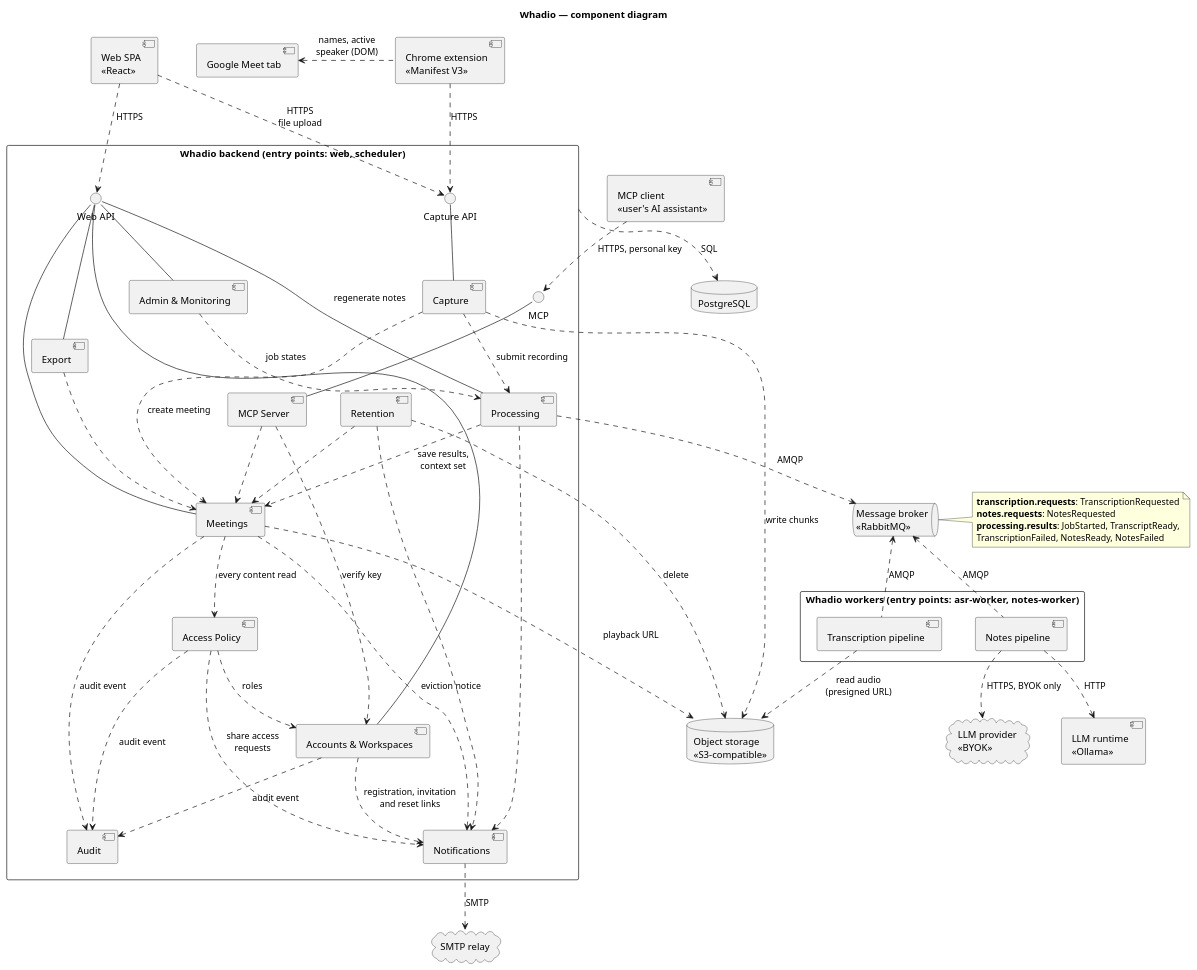
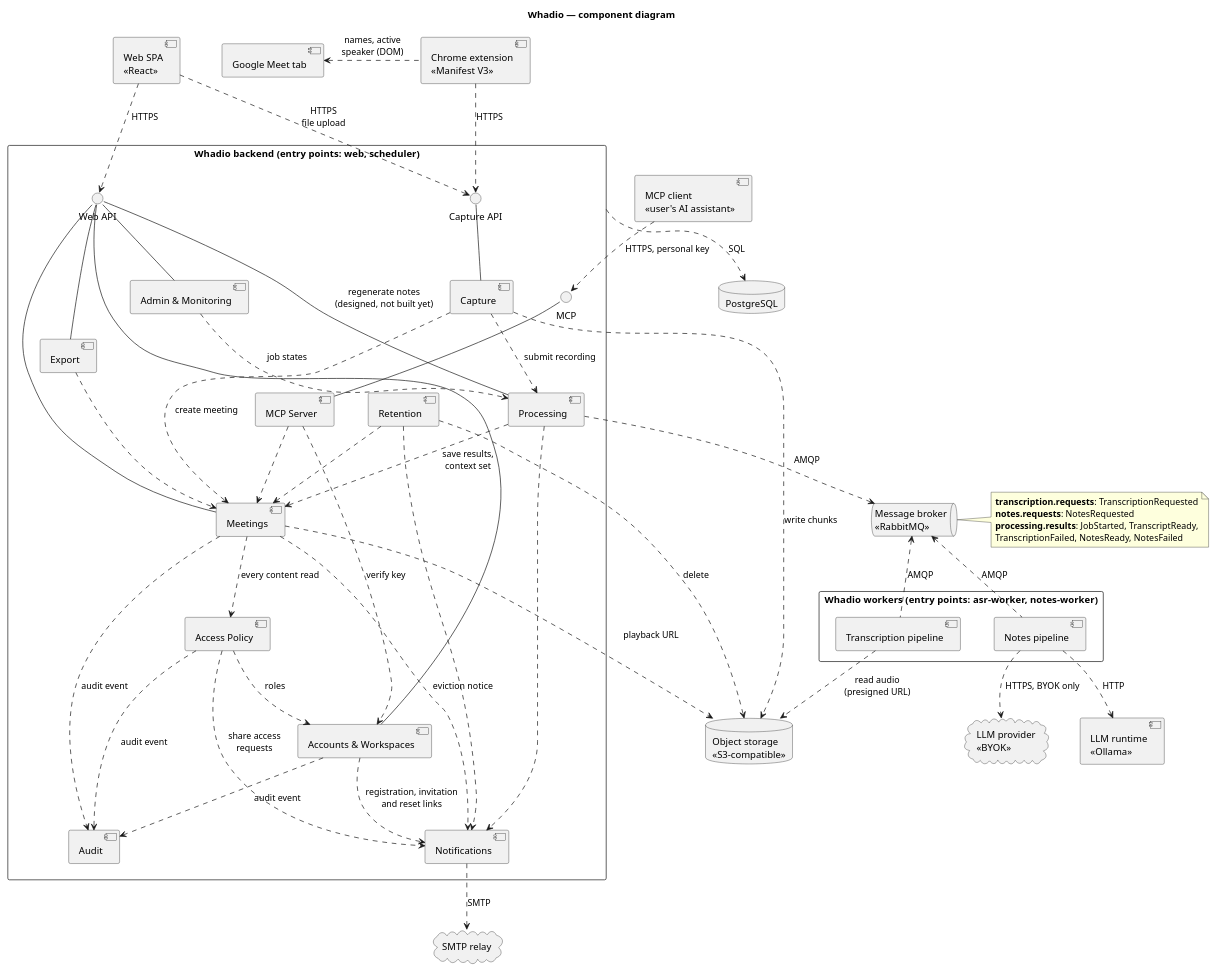
The diagram in docs/architecture/uml/component-diagram.puml (ukma-fin-ssdm-2026/Whadio), drawn with PlantUML before and after one commit. The commit also changed 5 other files, not shown here.

First line of the commit message:
docs(#257): correct the UML diagrams and mark their unbuilt parts

```diff
--- a/docs/architecture/uml/component-diagram.puml
+++ b/docs/architecture/uml/component-diagram.puml
@@ -1,106 +1,106 @@
 @startuml component-diagram
 title Whadio — component diagram
 
 skinparam componentStyle uml2
 skinparam packageStyle rectangle
 skinparam nodesep 50
 skinparam ranksep 60
 
 component "Chrome extension\n<<Manifest V3>>" as ext
 component "Google Meet tab" as meet
 component "Web SPA\n<<React>>" as spa
 component "MCP client\n<<user's AI assistant>>" as mcpClient
 
 package "Whadio backend  (entry points: web, scheduler)" as backend {
   () "Capture API" as ICapture
   () "Web API" as IWeb
   () "MCP" as IMcp
 
   component "Capture" as capture
   component "MCP Server" as mcp
 
   component "Processing" as processing
   component "Admin & Monitoring" as admin
   component "Export" as export
   component "Retention" as retention
 
   component "Meetings" as meetings
   component "Notifications" as notifications
 
   component "Access Policy" as access
   component "Accounts & Workspaces" as accounts
   component "Audit" as audit
 }
 
 queue "Message broker\n<<RabbitMQ>>" as mq
 
 package "Whadio workers  (entry points: asr-worker, notes-worker)" as workers {
   component "Transcription pipeline" as asr
   component "Notes pipeline" as notes
 }
 
 database "PostgreSQL" as db
 database "Object storage\n<<S3-compatible>>" as store
 component "LLM runtime\n<<Ollama>>" as llm
 cloud "LLM provider\n<<BYOK>>" as provider
 cloud "SMTP relay" as smtp
 
 note right of mq
   <b>transcription.requests</b>: TranscriptionRequested
   <b>notes.requests</b>: NotesRequested
   <b>processing.results</b>: JobStarted, TranscriptReady,
   TranscriptionFailed, NotesReady, NotesFailed
 end note
 
 ' --- Clients and the provided interfaces ---
 ext .left.> meet : names, active\nspeaker (DOM)
 ext ..> ICapture : HTTPS
 spa ..> IWeb : HTTPS
 spa ..> ICapture : HTTPS\nfile upload
 mcpClient ..> IMcp : HTTPS, personal key
 
 ICapture -- capture
 IWeb -- accounts
 IWeb -- meetings
-IWeb -- processing : regenerate notes
+IWeb -- processing : regenerate notes\n(designed, not built yet)
 IWeb -- export
 IWeb -- admin
 IMcp -- mcp
 
 ' --- In-process dependencies inside the backend ---
 capture ..> processing : submit recording
 capture ..> meetings : create meeting
 mcp ..> meetings
 mcp ..> accounts : verify key
 admin ..> processing : job states
 export ..> meetings
 processing ..> meetings : save results,\ncontext set
 processing ..> notifications
 retention ..> meetings
 retention ..> notifications
 access ..> notifications : share access\nrequests
 meetings ..> access : every content read
 access ..> accounts : roles
 meetings ..> notifications : eviction notice
 accounts ..> notifications : registration, invitation\nand reset links
 
 ' --- Audit events, written in the transaction of each change ---
 meetings ..> audit : audit event
 access ..> audit : audit event
 accounts ..> audit : audit event
 
 ' --- Backend <-> workers, only through the broker ---
 processing ..> mq : AMQP
 mq <.. asr : AMQP
 mq <.. notes : AMQP
 
 ' --- Infrastructure ---
 backend ..> db : SQL
 capture ..> store : write chunks
 meetings ..> store : playback URL
 retention ..> store : delete
 notifications ..> smtp : SMTP
 asr ..> store : read audio\n(presigned URL)
 notes ..> llm : HTTP
 notes ..> provider : HTTPS, BYOK only
 @enduml
```
